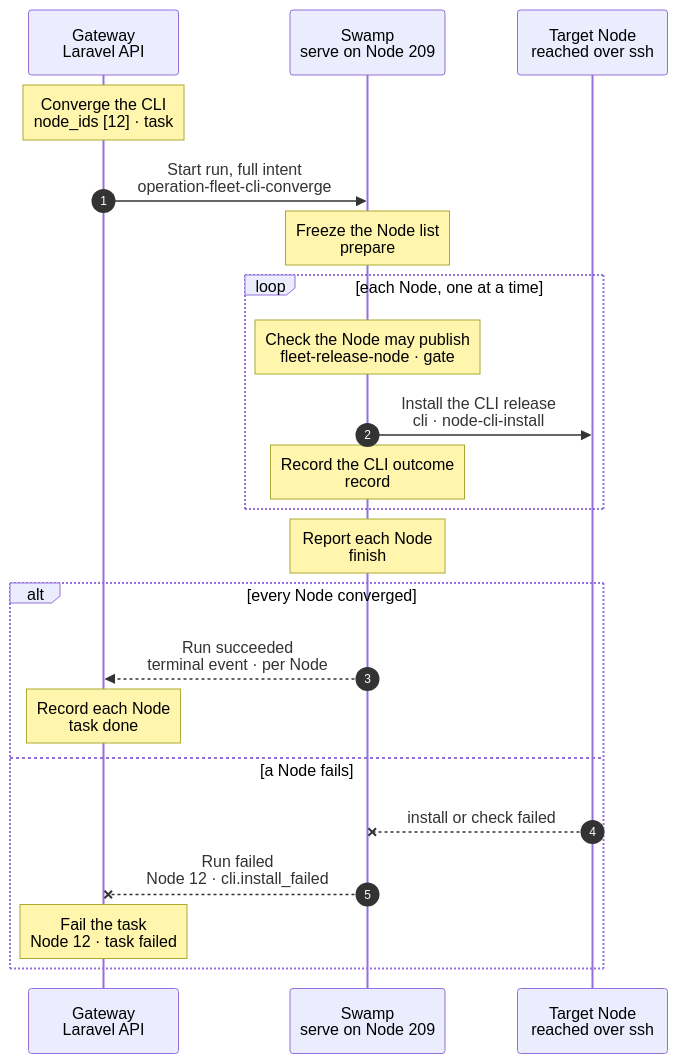
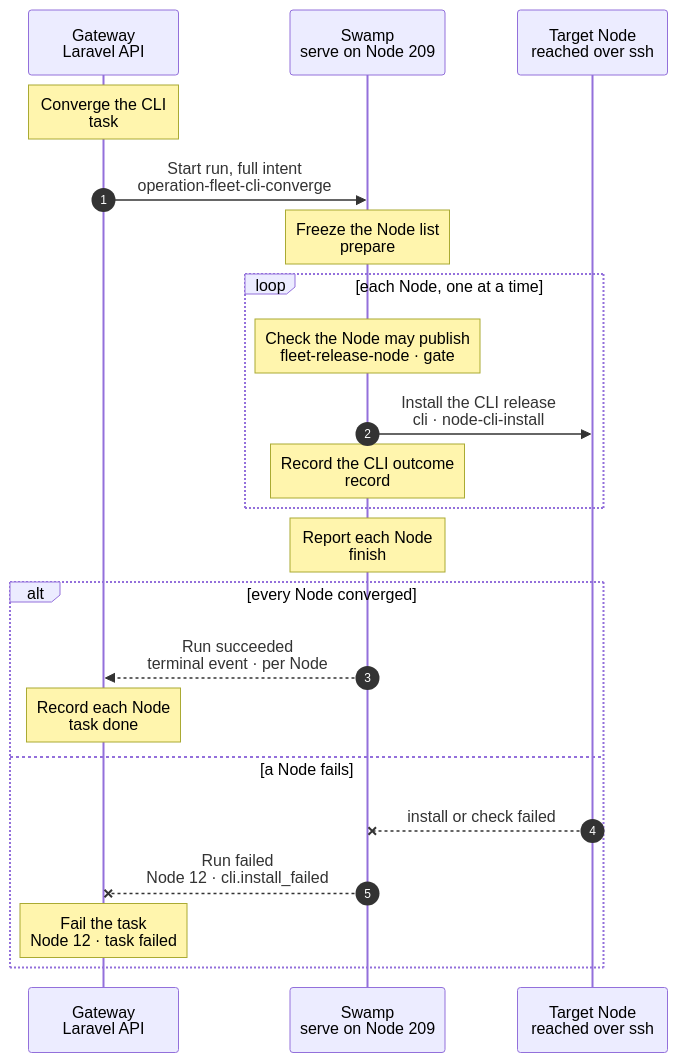
The diagram in docs/cli/fleet/cli-converge.mmd (hardimpactdev/orbit), drawn with Mermaid before and after one commit. The commit also changed 3 other files, not shown here.

Commit message:
docs(fleet,analytics,gateway): draw required parameters on the main path (flow rule 23)

```diff
--- a/docs/cli/fleet/cli-converge.mmd
+++ b/docs/cli/fleet/cli-converge.mmd
@@ -1,71 +1,72 @@
 sequenceDiagram
   %% Target design: ADR 0244 task, DECISIONS R1-R4, rule 22 (official cfgmgmt, no shipped script). docs/reference/node-provisioning.md#orbit-cli.
   %% Real steps 2026-11-02: prepare, node-N (fleet-release-node: gate, cli, record), finish.
   %% status: draft
   %% command: none · POST /api/v1/fleet/cli/converge
   %% kind: fleet.cli_converge
   autonumber
   %% lane GW icon=gateway pill=intent tone=blue
   %% lane SW icon=workflow pill=executes tone=green
   %% lane N icon=server pill=target tone=amber
   participant GW as Gateway<br/>Laravel API
   participant SW as Swamp<br/>serve on Node 209
   participant N as Target Node<br/>reached over ssh
-  Note over GW: Converge the CLI<br/>node_ids [12] · task #5170
+  Note over GW: Converge the CLI<br/>task #5170
   %%> When:
-  %%> - an operator or a tool calls `POST /api/v1/fleet/cli/converge`, for the whole rollout set or the listed Nodes
-  %%> Requirements:
-  %%> - every listed Node is in the rollout set; an ineligible Node is rejected before any task
+  %%> - an operator or a tool calls `POST /api/v1/fleet/cli/converge`, for the whole rollout set
+  %%> Input:
+  %%> - optional API field `node_ids`, for example `[12]`, limits convergence to those eligible Nodes
+  %%> - without it, the whole rollout set is selected; an ineligible listed Node is rejected before admission
   %%> What it decides:
   %%> - per Node: the CLI release with its SHA-256, the root profile, and the public SSH descriptor of each Node that installs
   %%> - a Node whose release is unpublished is skipped; it needs no SSH target
   %%> Result:
   %%> - task #5170 recorded with the full intent; the Gateway replies 202
   GW->>SW: Start run, full intent<br/>operation-fleet-cli-converge
   %%> What it does:
   %%> - starts one Swamp run on serve (Node 209) for the selected Nodes
   Note over SW: Freeze the Node list<br/>prepare
   %%> What it does:
   %%> - reads the admitted intent once and records the Nodes in order
   loop each Node, one at a time
     Note over SW: Check the Node may publish<br/>fleet-release-node · gate
     %%> What it does:
     %%> - the `fleet-release-node` child starts on Node 209; its `gate` step checks that every earlier Node succeeded and the task is not cancelled
     %%> - a skipped Node or a planning error records the outcome without touching the Node
     SW->>N: Install the CLI release<br/>cli · node-cli-install
     %%> How:
     %%> - Swamp reaches Node 12 over SSH from 209, with `@swamp/ssh` and the admitted host keys
     %%> What it does:
     %%> - reads `orbit --version`; a Node that runs this release, a newer one, or a commit build keeps it
     %%> - otherwise downloads the release with `@swamp/cfgmgmt/fetch` and its `checksum`, checks the new file reports the release version, and switches the link with `@swamp/cfgmgmt/link`
     %%> - a file that does not report a valid Orbit version is replaced by the admitted release
     %%> - writes root's profile, 0600, with `@swamp/cfgmgmt/file`
     Note over SW: Record the CLI outcome<br/>record
     %%> What it does:
     %%> - the `record` step on Node 209 records `converged` or `unchanged` with the CLI version, or `cli.install_failed`
     %%> Not included:
     %%> - the Node agent; its `observer` step runs only for `fleet.rollout`, so this task needs no worker on Node 12
   end
   Note over SW: Report each Node<br/>finish
   %%> What it does:
   %%> - reads each Node's `record` output and returns one bounded result per Node
   alt every Node converged
     SW-->>GW: Run succeeded<br/>terminal event · per Node
     %%> How the Gateway learns it:
     %%> - its shared run reader sees the terminal event; Swamp never calls the Gateway
     Note over GW: Record each Node<br/>task done
     %%> Result:
     %%> - task #5170 succeeds; `operation:show` returns each Node's outcome and CLI version
   else a Node fails
     N--xSW: install or check failed
     %%> When:
     %%> - a download, checksum, version check, link or profile write fails on Node 12
     SW--xGW: Run failed<br/>Node 12 · cli.install_failed
     %%> What it does:
     %%> - Swamp visits no later Node; later Nodes stay `pending`
     Note over GW: Fail the task<br/>Node 12 · task failed
     %%> On the Node:
     %%> - the old CLI link stays when the switch did not happen; there is no rollback
     %%> Retry:
     %%> - fix the cause and call converge again; it is a new task and safe to rerun
   end
```
